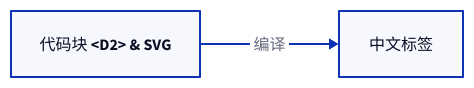
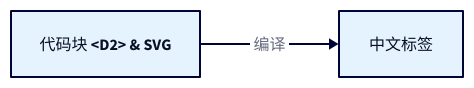
One commit to owent/blog-hugo changed the third of 6 diagrams in source/post/2026/2602.md. Above: the diagram before and after it, drawn with D2. The commit also changed other lines of this file and 51 other files, not shown here.

````diff
--- a/source/post/2026/2602.md
+++ b/source/post/2026/2602.md
@@ -489,11 +491,12 @@
 ```d2 {alt="D2 代码块的中文与特殊字符测试" max-width="720px"}
 vars: {
   d2-config: {
     pad: 24
+    theme-id: 4
   }
 }
 direction: right
 input: "代码块 <D2> & SVG"
 output: 中文标签
 input -> output: 编译
 ```
````
